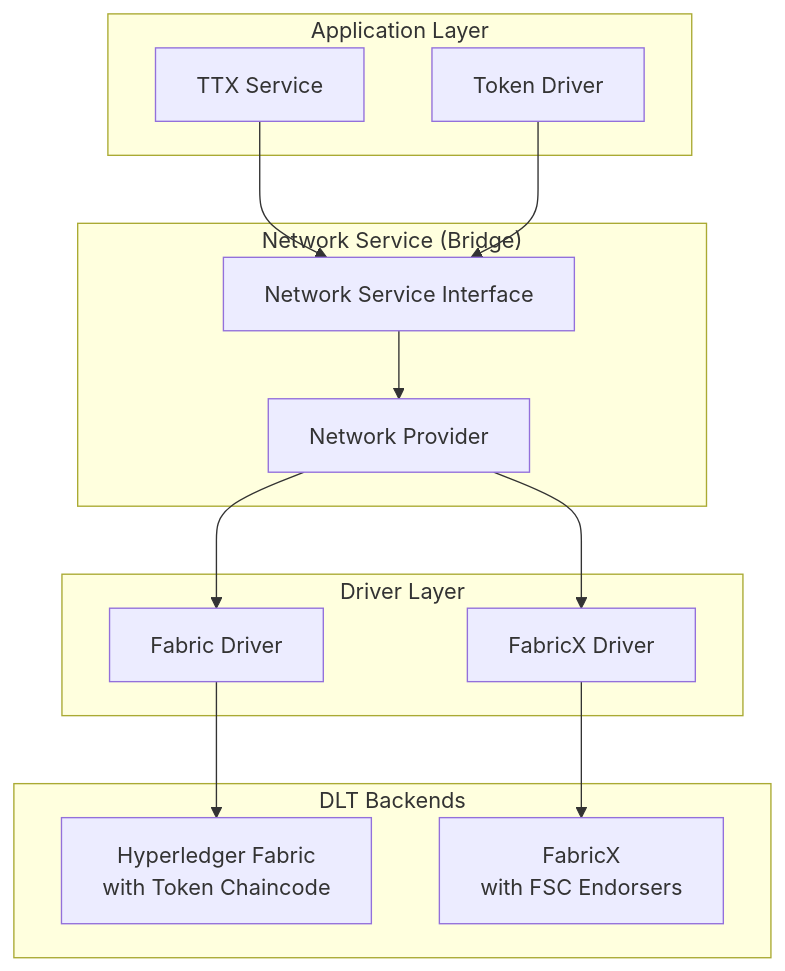
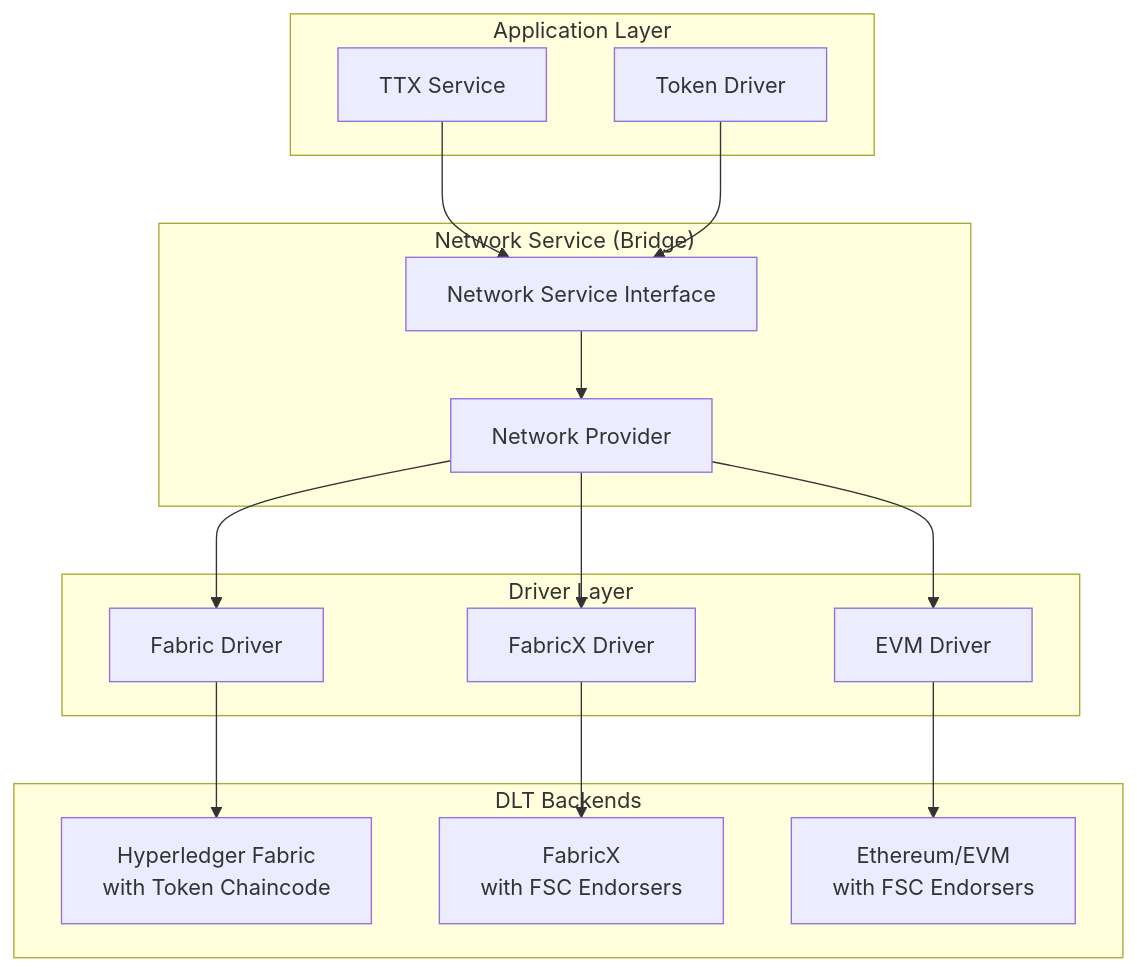
Before and after one commit to LFDT-Panurus/panurus: the first of 2 diagrams in docs/services/network.md, drawn with Mermaid. The commit also changed other lines of this file and 184 other files, not shown here.

Commit message:
feat(evm): EVM network driver (#2370)

````diff
--- a/docs/services/network.md
+++ b/docs/services/network.md
@@ -9,30 +9,34 @@
 ```mermaid
 graph TB
     subgraph "Application Layer"
         TTX[TTX Service]
         Driver[Token Driver]
     end
 
     subgraph "Network Service (Bridge)"
         NS[Network Service Interface]
         Provider[Network Provider]
     end
 
     subgraph "Driver Layer"
         FabricD[Fabric Driver]
         FabricXD[FabricX Driver]
+        EVMD[EVM Driver]
     end
 
     subgraph "DLT Backends"
         Fabric[Hyperledger Fabric<br/>with Token Chaincode]
         FabricX[FabricX<br/>with FSC Endorsers]
+        EVM[Ethereum/EVM<br/>with FSC Endorsers]
     end
 
     TTX --> NS
     Driver --> NS
     NS --> Provider
     Provider --> FabricD
     Provider --> FabricXD
+    Provider --> EVMD
     FabricD --> Fabric
     FabricXD --> FabricX
+    EVMD --> EVM
 ```
````
